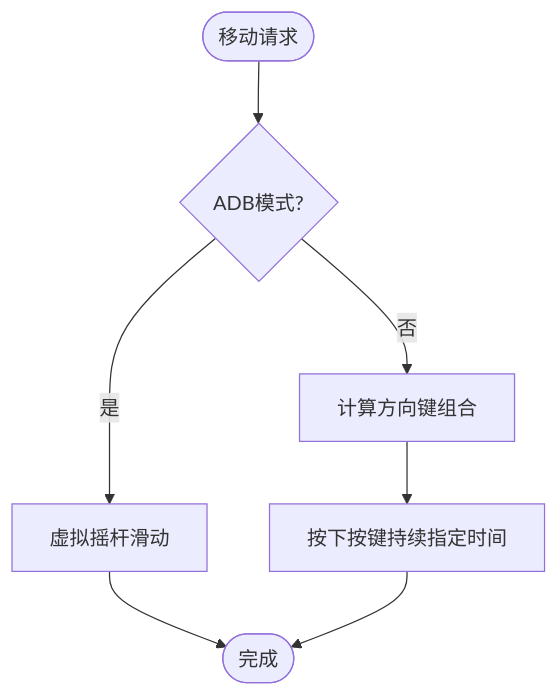
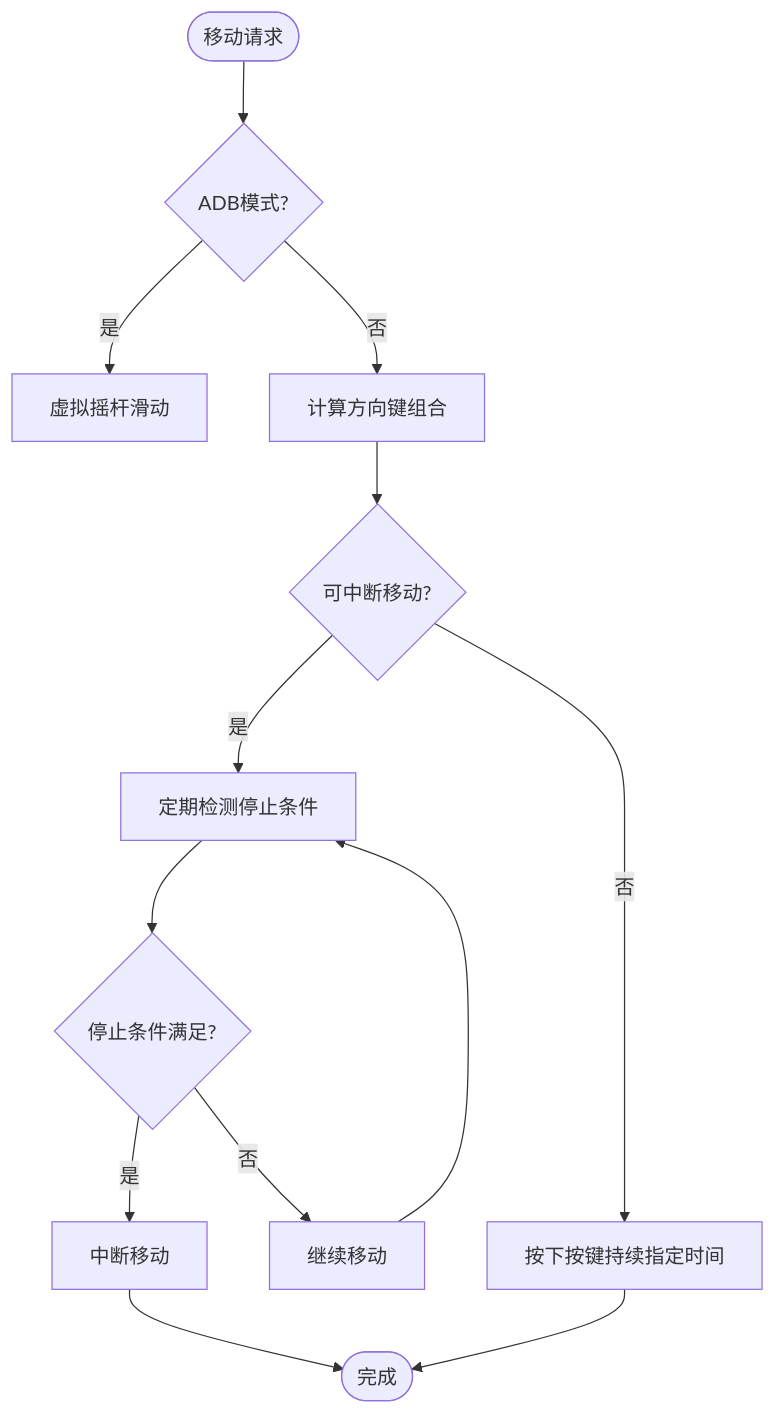
One commit to xsy098-max/ok-jump changed the fifth of 10 diagrams in .qoder/repowiki/zh/content/任务系统/自动战斗任务.md. Above: the diagram before and after it, drawn with Mermaid. The commit also changed other lines of this file and 22 other files, not shown here.

````diff
--- a/.qoder/repowiki/zh/content/任务系统/自动战斗任务.md
+++ b/.qoder/repowiki/zh/content/任务系统/自动战斗任务.md
@@ -237,9 +247,15 @@
 ```mermaid
 flowchart TD
 Start([移动请求]) --> Mode{"ADB模式?"}
 Mode --> |是| ADB["虚拟摇杆滑动"]
 Mode --> |否| PC["计算方向键组合"]
-PC --> Press["按下按键持续指定时间"]
-ADB --> End([完成])
+PC --> InterruptCheck{"可中断移动?"}
+InterruptCheck --> |是| Interrupt["定期检测停止条件"]
+InterruptCheck --> |否| Press["按下按键持续指定时间"]
+Interrupt --> CheckCallback{"停止条件满足?"}
+CheckCallback --> |是| Stop["中断移动"]
+CheckCallback --> |否| Continue["继续移动"]
+Continue --> Interrupt
+Stop --> End([完成])
 Press --> End
 ```
````
